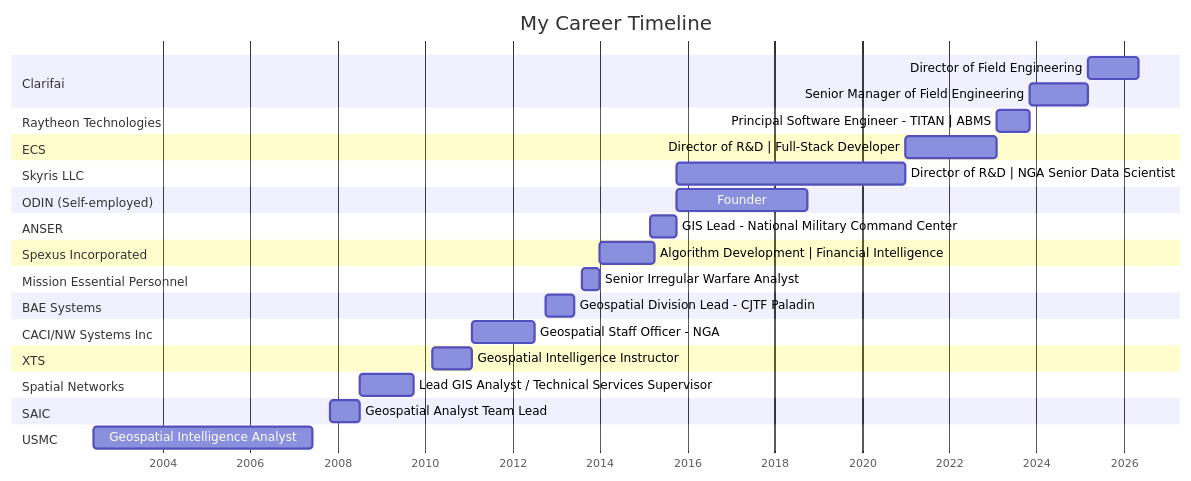
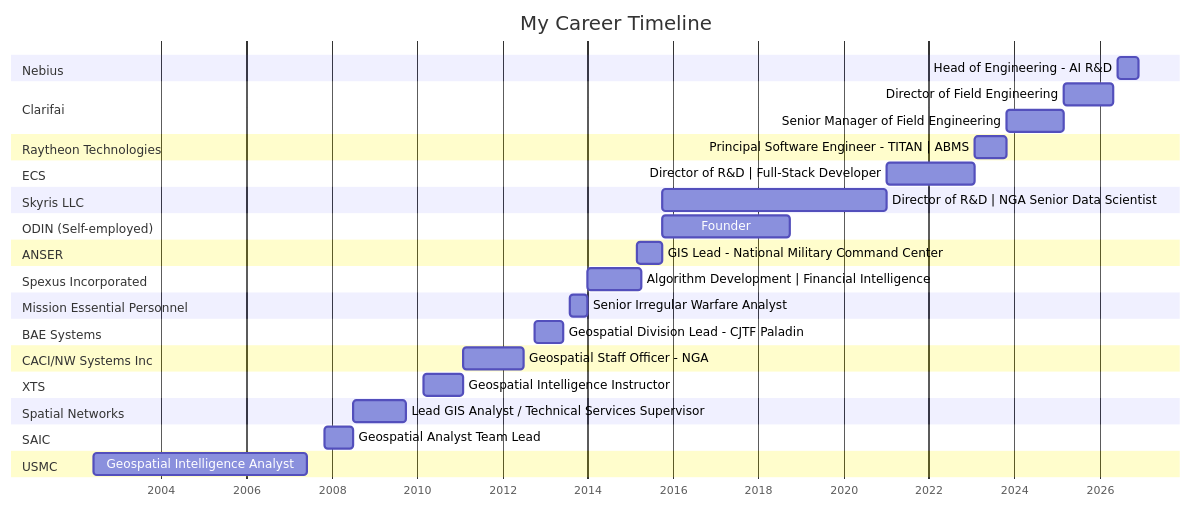
One commit to muldercw/muldercw changed the diagram in README.md. Above: the diagram before and after it, drawn with Mermaid.

Commit message:
Add Nebius section to career timeline

````diff
--- a/README.md
+++ b/README.md
@@ -35,49 +35,52 @@
 ```mermaid
 gantt
     dateFormat  YYYY-MM
     axisFormat  %Y
     title       My Career Timeline
+
+    section Nebius
+    Head of Engineering - AI R&D    :2026-06, 2026-12
 
     section Clarifai
     Director of Field Engineering          :2025-03, 2026-05
     Senior Manager of Field Engineering    :2023-11, 2025-03
 
     section Raytheon Technologies
     Principal Software Engineer - TITAN | ABMS :2023-02, 2023-11
 
     section ECS
     Director of R&D | Full-Stack Developer :2021-01, 2023-02
 
     section Skyris LLC
     Director of R&D | NGA Senior Data Scientist :2015-10, 2021-01
 
     section ODIN (Self-employed)
     Founder                                :2015-10, 2018-10
 
     section ANSER
     GIS Lead - National Military Command Center :2015-03, 2015-10
 
     section Spexus Incorporated
     Algorithm Development | Financial Intelligence :2014-01, 2015-04
 
     section Mission Essential Personnel
     Senior Irregular Warfare Analyst       :2013-08, 2014-01
 
     section BAE Systems
     Geospatial Division Lead - CJTF Paladin :2012-10, 2013-06
 
     section CACI/NW Systems Inc
     Geospatial Staff Officer - NGA         :2011-02, 2012-07
 
     section XTS
     Geospatial Intelligence Instructor     :2010-03, 2011-02
 
     section Spatial Networks
     Lead GIS Analyst / Technical Services Supervisor :2008-07, 2009-10
 
     section SAIC
     Geospatial Analyst Team Lead           :2007-11, 2008-07
 
     section USMC
     Geospatial Intelligence Analyst        :2002-06, 2007-06
 ```
````
